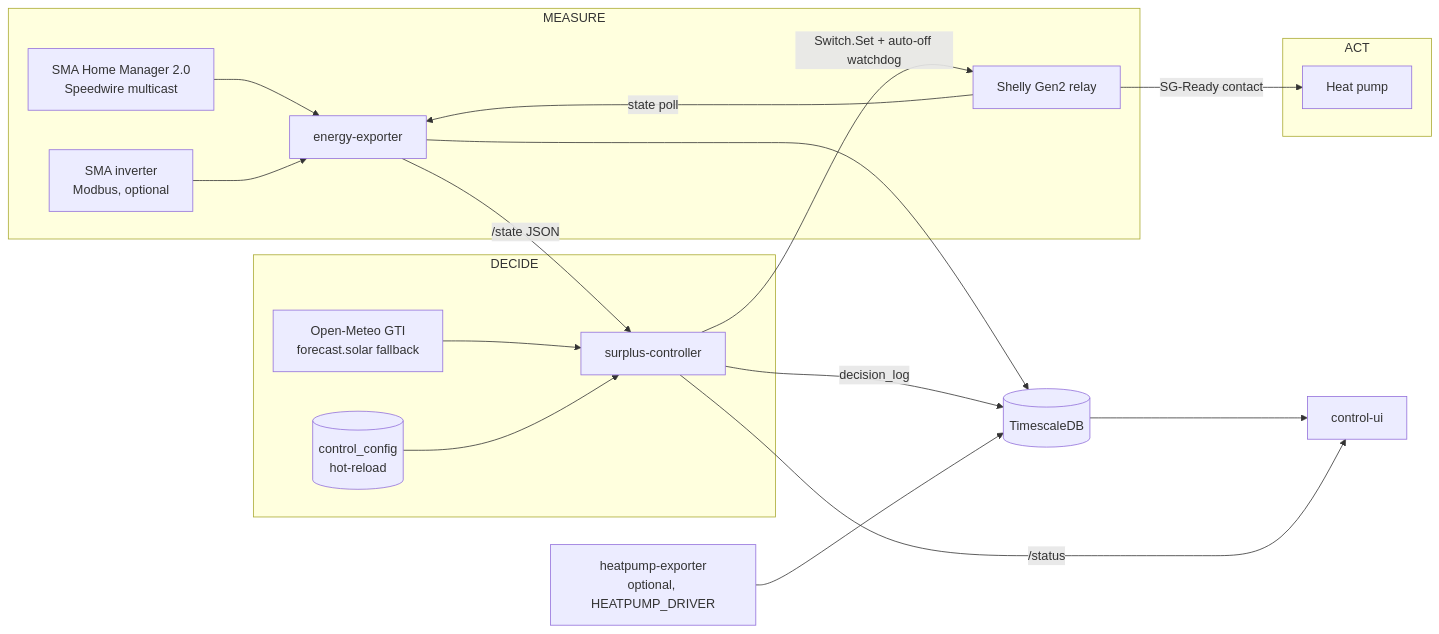
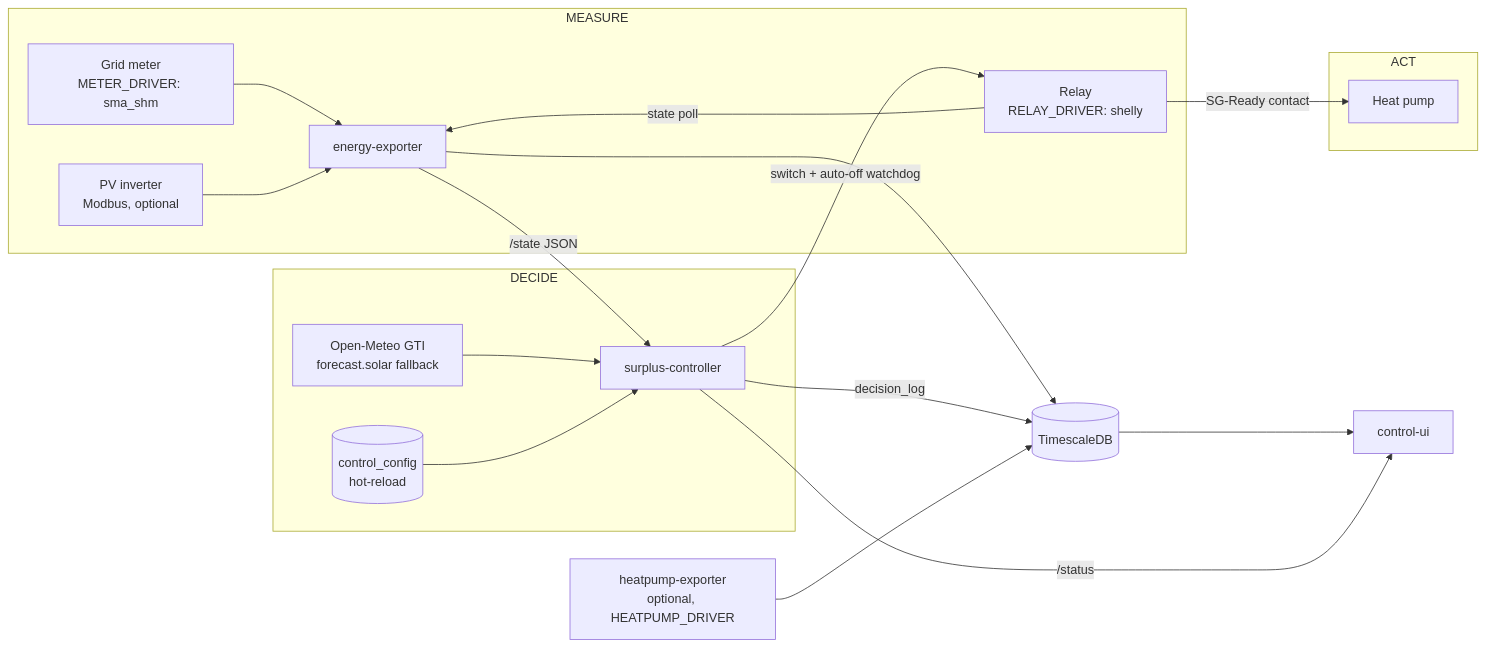
One commit to slippyex/sunsteer changed the diagram in docs/architecture.md. Above: the diagram before and after it, drawn with Mermaid. The commit also changed 2 other files, not shown here.

Commit message:
chore: documentation hygene

````diff
--- a/docs/architecture.md
+++ b/docs/architecture.md
@@ -7,22 +7,22 @@
 ```mermaid
 flowchart LR
   subgraph MEASURE
-    SHM[SMA Home Manager 2.0<br/>Speedwire multicast] --> EXP[energy-exporter]
-    SHELLY[Shelly Gen2 relay] -->|state poll| EXP
-    INV[SMA inverter<br/>Modbus, optional] --> EXP
+    SHM[Grid meter<br/>METER_DRIVER: sma_shm] --> EXP[energy-exporter]
+    SHELLY[Relay<br/>RELAY_DRIVER: shelly] -->|state poll| EXP
+    INV[PV inverter<br/>Modbus, optional] --> EXP
   end
   subgraph DECIDE
     EXP -->|/state JSON| CTRL[surplus-controller]
     OM[Open-Meteo GTI<br/>forecast.solar fallback] --> CTRL
     CFG[(control_config<br/>hot-reload)] --> CTRL
   end
   subgraph ACT
-    CTRL -->|Switch.Set + auto-off watchdog| SHELLY
+    CTRL -->|switch + auto-off watchdog| SHELLY
     SHELLY -->|SG-Ready contact| HP[Heat pump]
   end
   EXP --> TSDB[(TimescaleDB)]
   CTRL -->|decision_log| TSDB
   TSDB --> UI[control-ui]
   CTRL -->|/status| UI
   HPEXP[heatpump-exporter<br/>optional, HEATPUMP_DRIVER] --> TSDB
 ```
````
